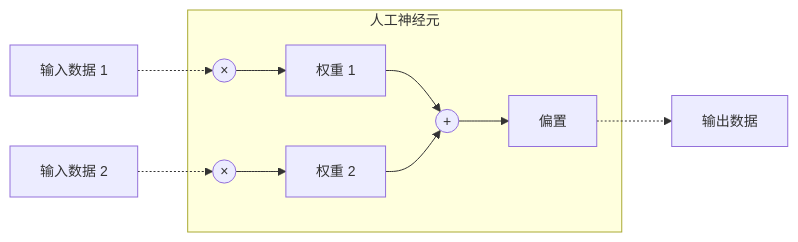
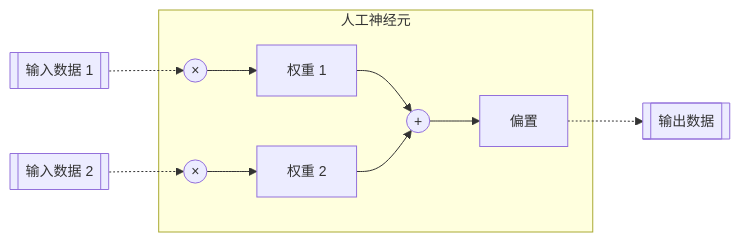
One commit to li-xiao-guang/teenytinynn changed the third of 4 diagrams in edu/01-learn-neural-networks-from-scratch/md/01-artificial-neural-networks/01-五行代码：最简单的人工神经元网络.md. Above: the diagram before and after it, drawn with Mermaid. The commit also changed other lines of this file and 1 other file, not shown here.

````diff
--- a/edu/01-learn-neural-networks-from-scratch/md/01-artificial-neural-networks/01-五行代码：最简单的人工神经元网络.md
+++ b/edu/01-learn-neural-networks-from-scratch/md/01-artificial-neural-networks/01-五行代码：最简单的人工神经元网络.md
@@ -59,11 +59,11 @@
 ```mermaid
 %%{init: { "themeVariables": { "fontSize": "14px" } } }%%
 graph LR
     subgraph 人工神经元
       m1(("#215;")) --> w1[权重 1] --> p(("#43;")) --> b
       m2(("#215;")) --> w2[权重 2] --> p
     end
-    x1[输入数据 1] -.-> m1
-    x2[输入数据 2] -.-> m2
-    b[偏置] -.-> y[输出数据]
+    x1[[输入数据 1]] -.-> m1
+    x2[[输入数据 2]] -.-> m2
+    b[偏置] -.-> y[[输出数据]]
 ```    
````
